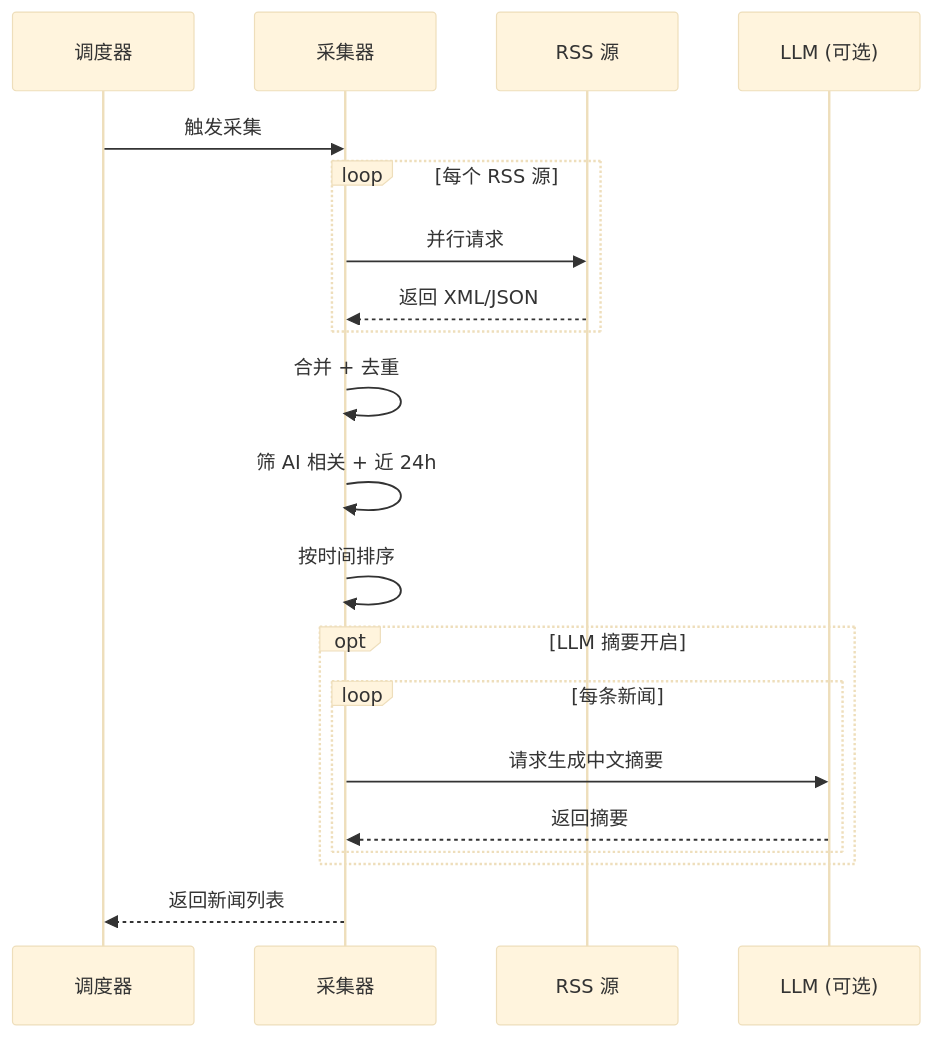
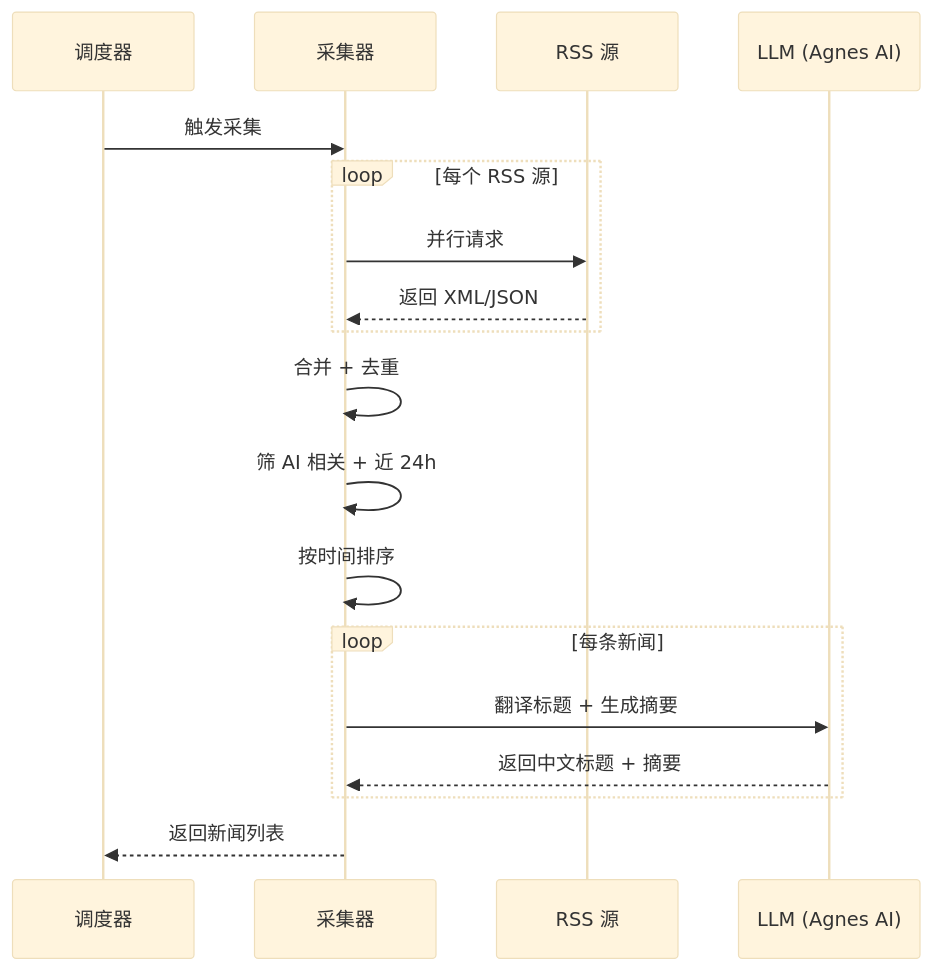
Before and after one commit to tanx0702/ai-daily-news: the second of 7 diagrams in personMdDosc/PRD.md, drawn with Mermaid (base theme). The commit also changed other lines of this file and 3 other files, not shown here.

````diff
--- a/personMdDosc/PRD.md
+++ b/personMdDosc/PRD.md
@@ -376,23 +174,21 @@
 ```mermaid
 sequenceDiagram
     participant S as 调度器
     participant C as 采集器
     participant RSS as RSS 源
-    participant L as LLM (可选)
+    participant L as LLM (Agnes AI)
 
     S->>C: 触发采集
     loop 每个 RSS 源
         C->>RSS: 并行请求
         RSS-->>C: 返回 XML/JSON
     end
     C->>C: 合并 + 去重
     C->>C: 筛 AI 相关 + 近 24h
     C->>C: 按时间排序
-    opt LLM 摘要开启
-        loop 每条新闻
-            C->>L: 请求生成中文摘要
-            L-->>C: 返回摘要
-        end
+    loop 每条新闻
+        C->>L: 翻译标题 + 生成摘要
+        L-->>C: 返回中文标题 + 摘要
     end
     C-->>S: 返回新闻列表
 ```
````
